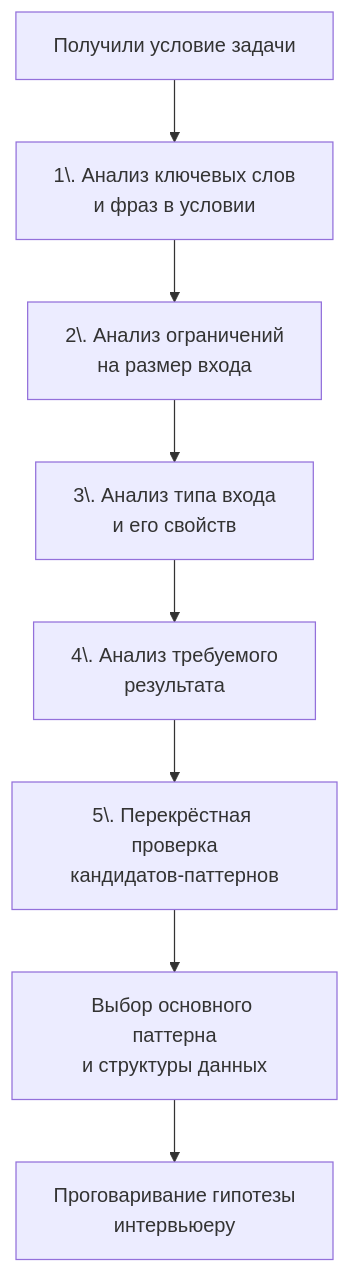
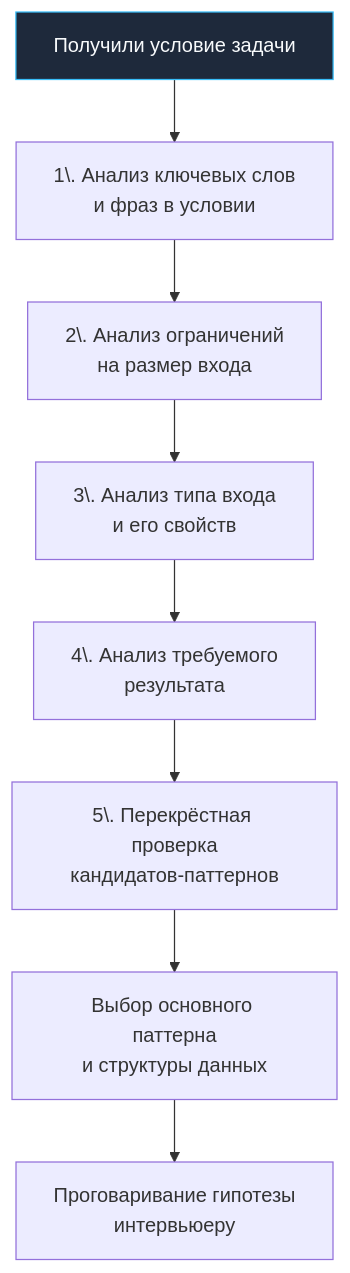
The diagram in sources/21. Задачи с LeetCode и собеседований на Go/01. Теория/4. Как распознавать паттерн в задаче.md (UnrealTemplier/go-textbook), drawn with Mermaid before and after one commit. The commit also changed 1666 other files, not shown here.

First line of the commit message:
feat(mermaid): add semantic color classDef to 1369 colorless flowchart/graph diagrams

````diff
--- a/sources/21. Задачи с LeetCode и собеседований на Go/01. Теория/4. Как распознавать паттерн в задаче.md
+++ b/sources/21. Задачи с LeetCode и собеседований на Go/01. Теория/4. Как распознавать паттерн в задаче.md
@@ -16,10 +16,20 @@
 ```mermaid
 flowchart TD
-    A["Получили условие задачи"] --> B["1\. Анализ ключевых слов<br>и фраз в условии"]
+    classDef process  fill:#1e293b,stroke:#38bdf8,stroke-width:1px,color:#f8fafc
+    classDef success  fill:#064e3b,stroke:#34d399,stroke-width:1px,color:#f8fafc
+    classDef error    fill:#7f1d1d,stroke:#f87171,stroke-width:1px,color:#f8fafc
+    classDef warning  fill:#78350f,stroke:#fbbf24,stroke-width:1px,color:#f8fafc
+    classDef entry    fill:#1e3a5f,stroke:#38bdf8,stroke-width:2px,color:#f8fafc
+    classDef aux      fill:#334155,stroke:#64748b,stroke-width:1px,color:#f8fafc
+    classDef system   fill:#312e81,stroke:#a78bfa,stroke-width:1px,color:#f8fafc
+    classDef data     fill:#132d29,stroke:#2dd4bf,stroke-width:1px,color:#f8fafc
+    classDef network  fill:#881337,stroke:#fb7185,stroke-width:1px,color:#f8fafc
+    classDef accent   fill:#1e1b4b,stroke:#818cf8,stroke-width:1px,color:#f8fafc
+    A["Получили условие задачи"]:::process --> B["1\. Анализ ключевых слов<br>и фраз в условии"]
     B --> C["2\. Анализ ограничений<br>на размер входа"]
     C --> D["3\. Анализ типа входа<br>и его свойств"]
     D --> E["4\. Анализ требуемого<br>результата"]
     E --> F["5\. Перекрёстная проверка<br>кандидатов-паттернов"]
     F --> G["Выбор основного паттерна<br>и структуры данных"]
     G --> H["Проговаривание гипотезы<br>интервьюеру"]
 ```
````
